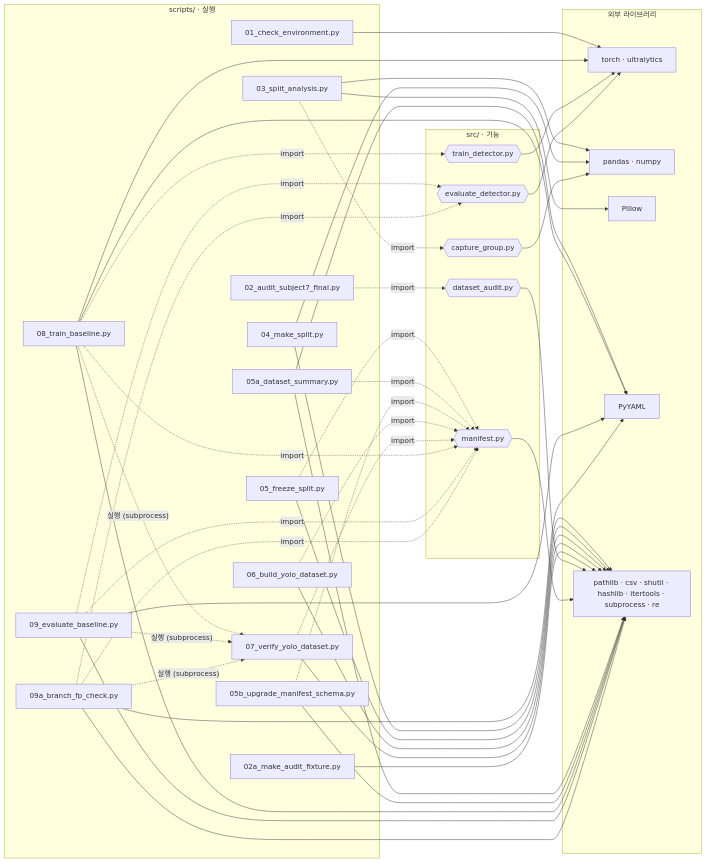
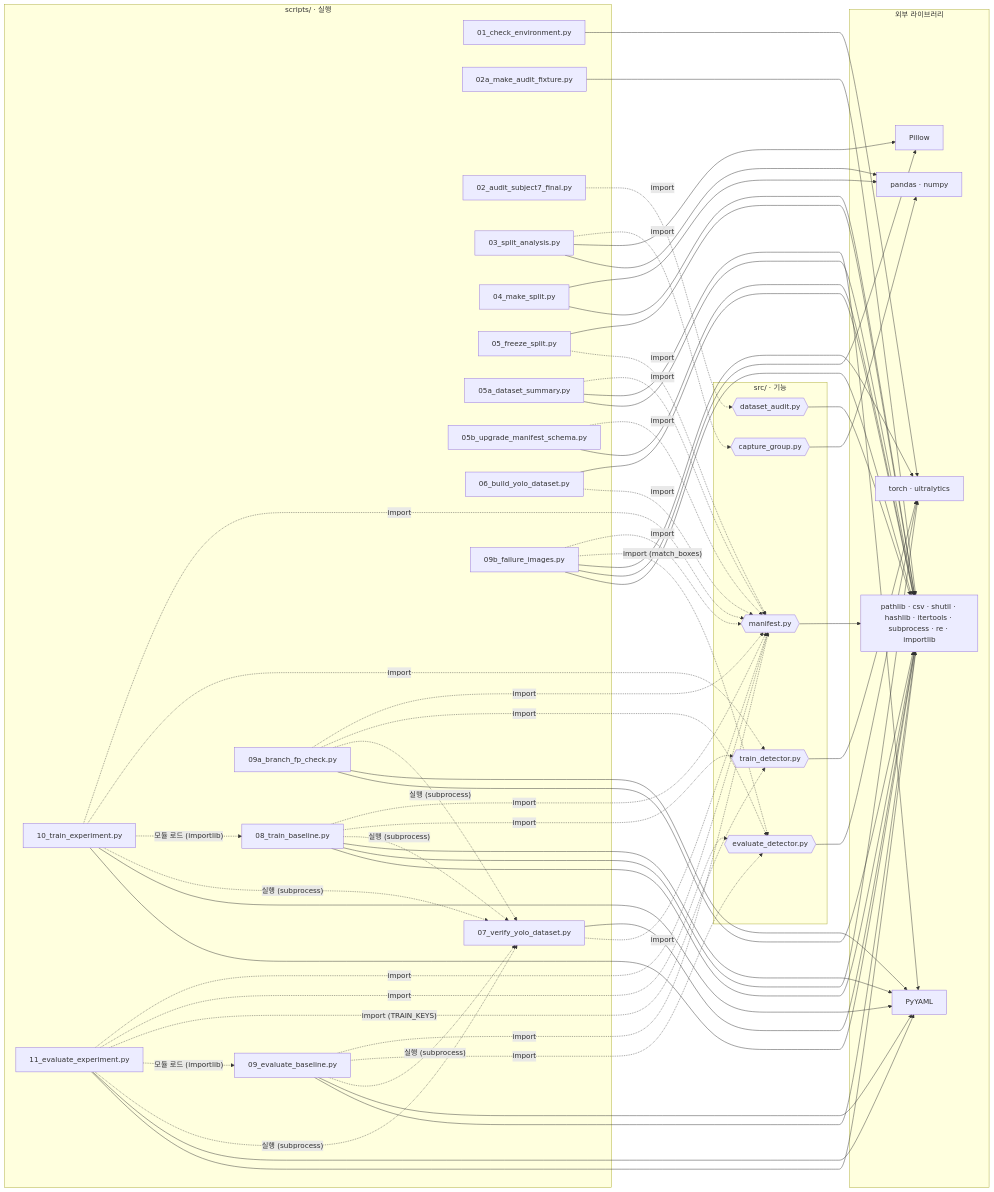
Before and after one commit to howolcat/prj2026.10: the second of 2 diagrams in prj08/docs/code_flow.md, drawn with Mermaid. The commit also changed other lines of this file and 5 other files, not shown here.

````diff
--- a/prj08/docs/code_flow.md
+++ b/prj08/docs/code_flow.md
@@ -260,13 +320,16 @@
         S08["08_train_baseline.py"]
         S09["09_evaluate_baseline.py"]
         S09A["09a_branch_fp_check.py"]
+        S09B["09b_failure_images.py"]
+        S10["10_train_experiment.py"]
+        S11["11_evaluate_experiment.py"]
     end
     subgraph LIB["외부 라이브러리"]
         T["torch · ultralytics"]
         PD["pandas · numpy"]
         PIL["Pillow"]
         YML["PyYAML"]
-        STD["pathlib · csv · shutil · hashlib · itertools · subprocess · re"]
+        STD["pathlib · csv · shutil · hashlib · itertools · subprocess · re · importlib"]
     end
 
     S01 --> T
@@ -294,15 +357,30 @@
     S09 -.->|import| ED
     S09A -.->|import| MF
     S09A -.->|import| ED
+    S09B -.->|import| MF
+    S09B -.->|"import (match_boxes)"| ED
+    S10 -.->|import| MF
+    S10 -.->|import| TD
+    S11 -.->|import| MF
+    S11 -.->|import| ED
+    S11 -.->|"import (TRAIN_KEYS)"| TD
+    S10 -.->|"모듈 로드 (importlib)"| S08
+    S11 -.->|"모듈 로드 (importlib)"| S09
     S08 -.->|"실행 (subprocess)"| S07
     S09 -.->|"실행 (subprocess)"| S07
     S09A -.->|"실행 (subprocess)"| S07
+    S10 -.->|"실행 (subprocess)"| S07
+    S11 -.->|"실행 (subprocess)"| S07
     MF --> STD
     S05A --> YML
     S08 --> YML
     S09 --> YML
     S09A --> YML
+    S10 --> YML
+    S11 --> YML
     S08 --> T
+    S09B --> T
+    S09B --> PIL
     TD --> T
     ED --> T
     S05A --> STD
@@ -310,4 +388,7 @@
     S08 --> STD
     S09 --> STD
     S09A --> STD
+    S09B --> STD
+    S10 --> STD
+    S11 --> STD
 ```
````
